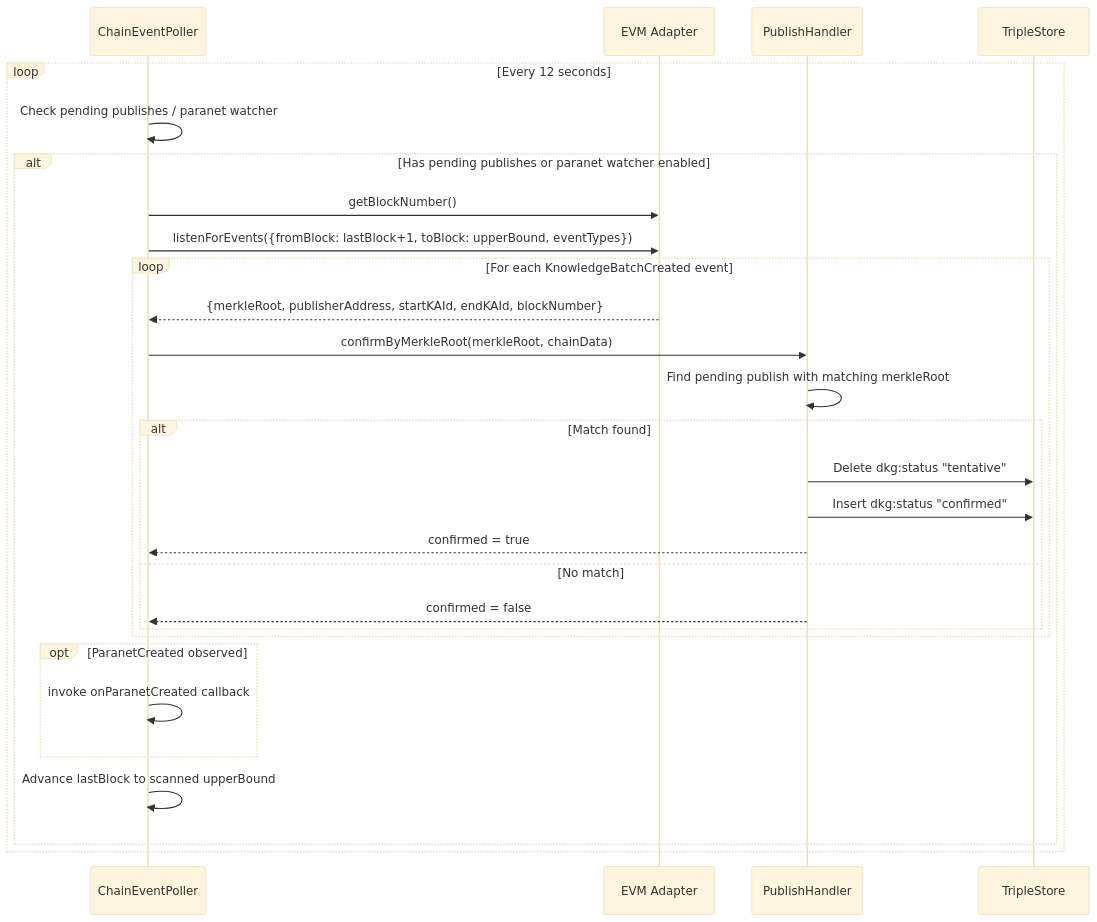
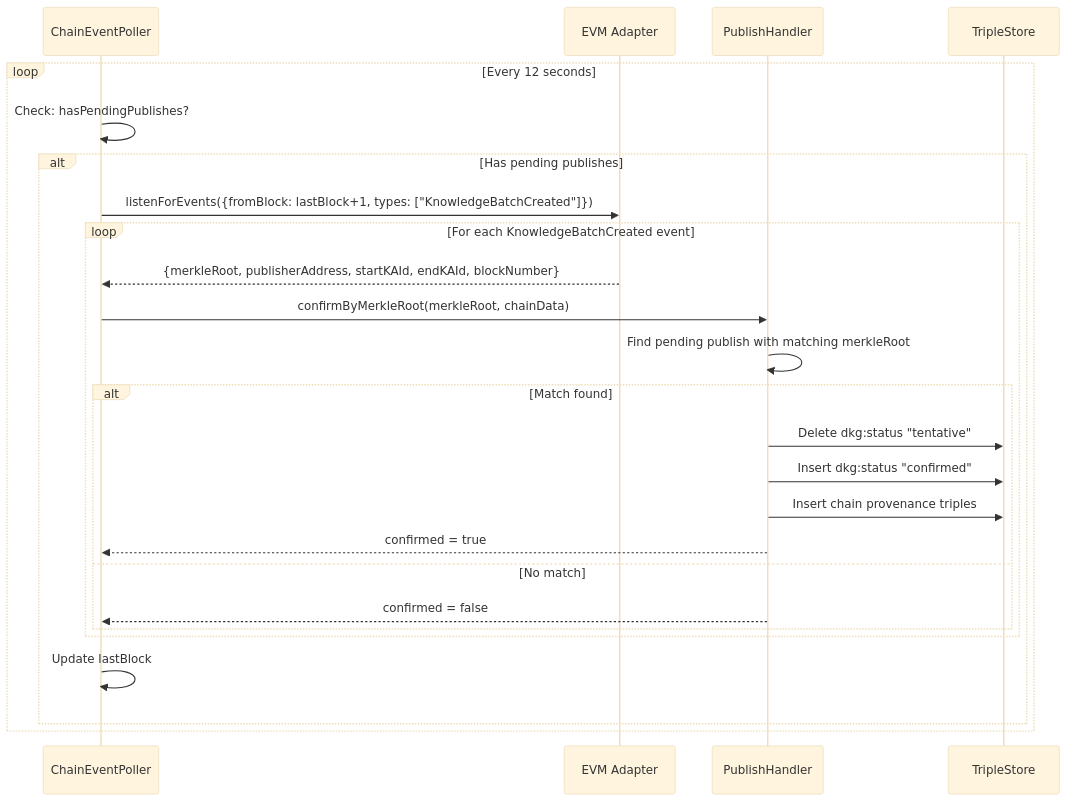
One commit to OriginTrail/dkg-v9 changed the fourth of 18 diagrams in docs/v9-protocol-operations.md. Above: the diagram before and after it, drawn with Mermaid (base theme). The commit also changed other lines of this file and 12 other files, not shown here.

````diff
--- a/docs/v9-protocol-operations.md
+++ b/docs/v9-protocol-operations.md
@@ -331,34 +298,30 @@
 ```mermaid
 sequenceDiagram
     participant Poller as ChainEventPoller
     participant Chain as EVM Adapter
     participant PH as PublishHandler
     participant Store as TripleStore
 
     loop Every 12 seconds
-        Poller->>Poller: Check pending publishes / paranet watcher
-        alt Has pending publishes or paranet watcher enabled
-            Poller->>Chain: getBlockNumber()
-            Poller->>Chain: listenForEvents({fromBlock: lastBlock+1, toBlock: upperBound, eventTypes})
+        Poller->>Poller: Check: hasPendingPublishes?
+        alt Has pending publishes
+            Poller->>Chain: listenForEvents({fromBlock: lastBlock+1, types: ["KnowledgeBatchCreated"]})
 
             loop For each KnowledgeBatchCreated event
                 Chain-->>Poller: {merkleRoot, publisherAddress, startKAId, endKAId, blockNumber}
                 Poller->>PH: confirmByMerkleRoot(merkleRoot, chainData)
                 PH->>PH: Find pending publish with matching merkleRoot
                 alt Match found
                     PH->>Store: Delete dkg:status "tentative"
                     PH->>Store: Insert dkg:status "confirmed"
+                    PH->>Store: Insert chain provenance triples
                     PH-->>Poller: confirmed = true
                 else No match
                     PH-->>Poller: confirmed = false
                 end
             end
 
-            opt ParanetCreated observed
-                Poller->>Poller: invoke onParanetCreated callback
-            end
-
-            Poller->>Poller: Advance lastBlock to scanned upperBound
+            Poller->>Poller: Update lastBlock
         end
     end
 ```
````
